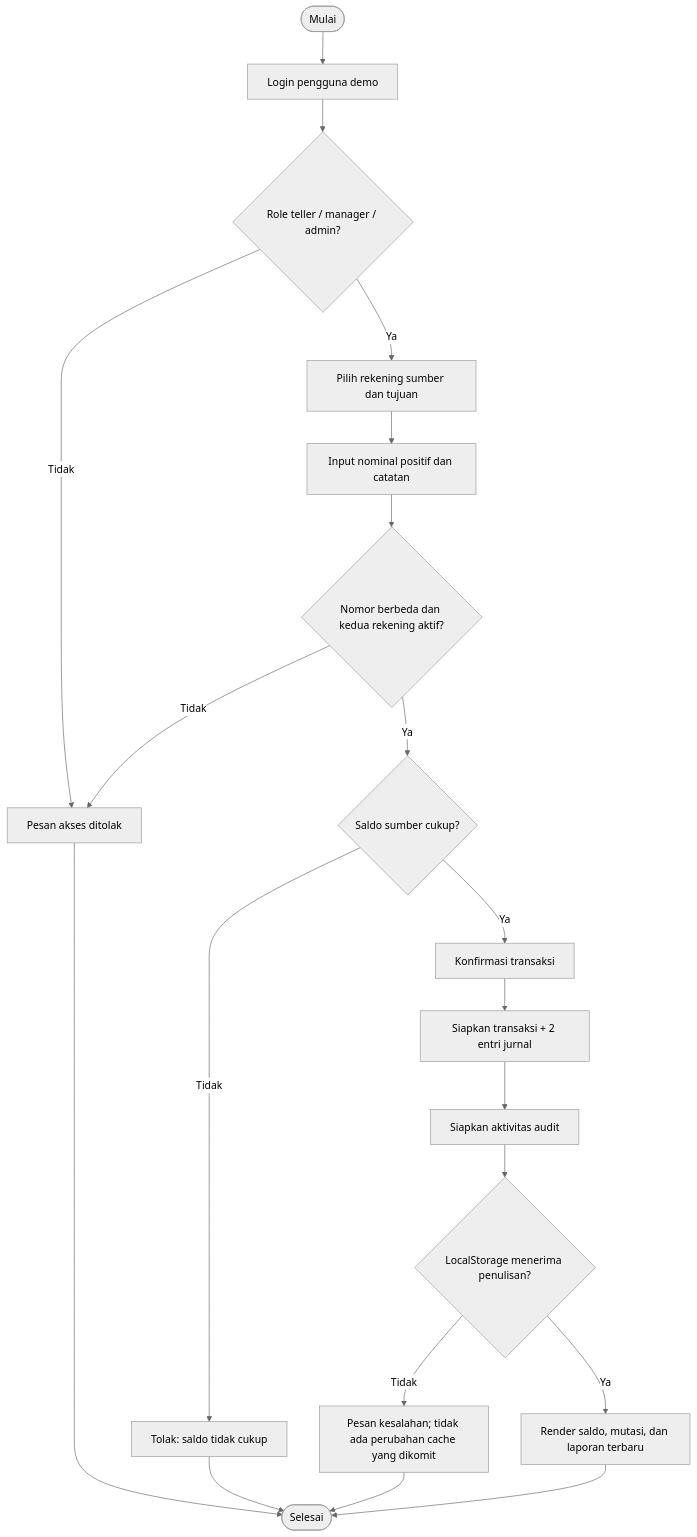
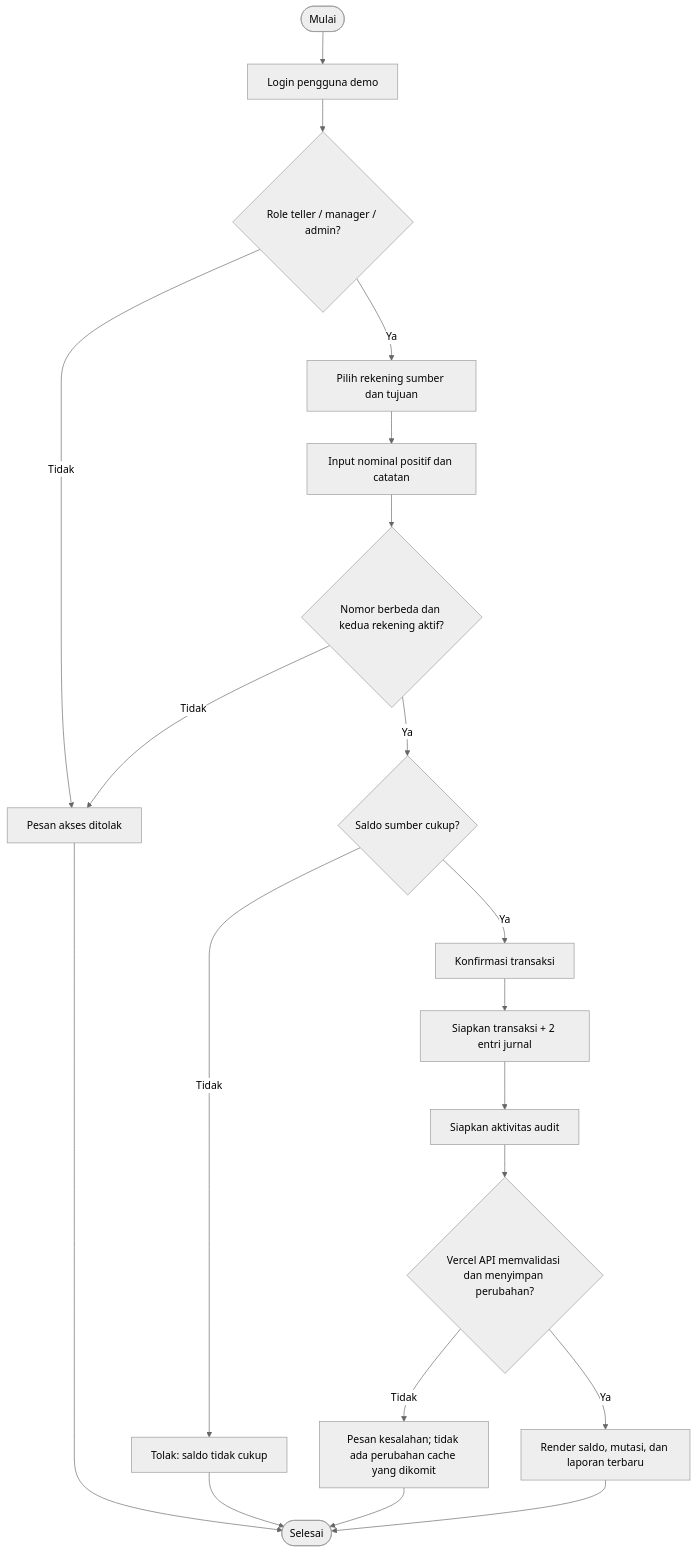
The first of 2 diagrams in milala-bank/docs/activity-diagram.md (sembiringluis56-cloud/milala.bank), drawn with Mermaid (neutral theme) before and after one commit. The commit also changed 29 other files, not shown here.

````diff
--- a/milala-bank/docs/activity-diagram.md
+++ b/milala-bank/docs/activity-diagram.md
@@ -3,22 +3,22 @@
 ```mermaid
 flowchart TD
     A([Mulai]) --> B[Login pengguna demo]
     B --> C{Role teller / manager / admin?}
     C -- Tidak --> E[Pesan akses ditolak]
     C -- Ya --> F[Pilih rekening sumber dan tujuan]
     F --> G[Input nominal positif dan catatan]
     G --> H{Nomor berbeda dan kedua rekening aktif?}
     H -- Tidak --> E
     H -- Ya --> I{Saldo sumber cukup?}
     I -- Tidak --> J[Tolak: saldo tidak cukup]
     I -- Ya --> K[Konfirmasi transaksi]
     K --> L[Siapkan transaksi + 2 entri jurnal]
     L --> M[Siapkan aktivitas audit]
-    M --> N{LocalStorage menerima penulisan?}
+    M --> N{Vercel API memvalidasi dan menyimpan perubahan?}
     N -- Tidak --> O[Pesan kesalahan; tidak ada perubahan cache yang dikomit]
     N -- Ya --> P[Render saldo, mutasi, dan laporan terbaru]
     P --> Q([Selesai])
     E --> Q
     J --> Q
     O --> Q
 ```
````
